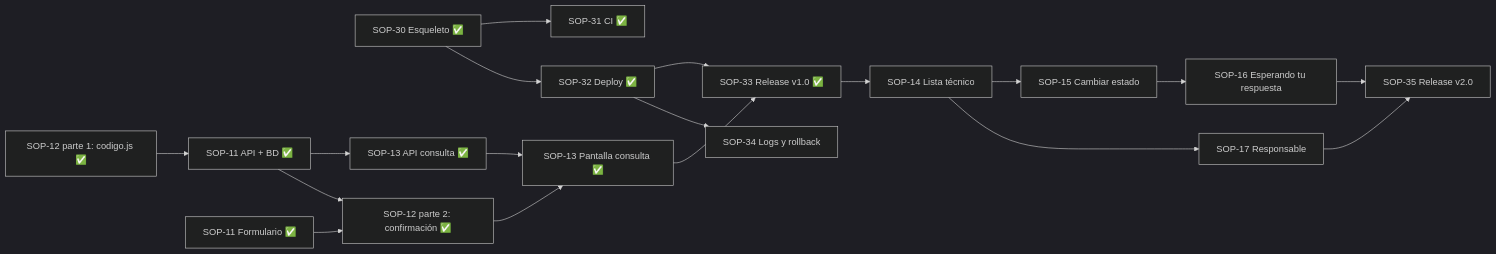
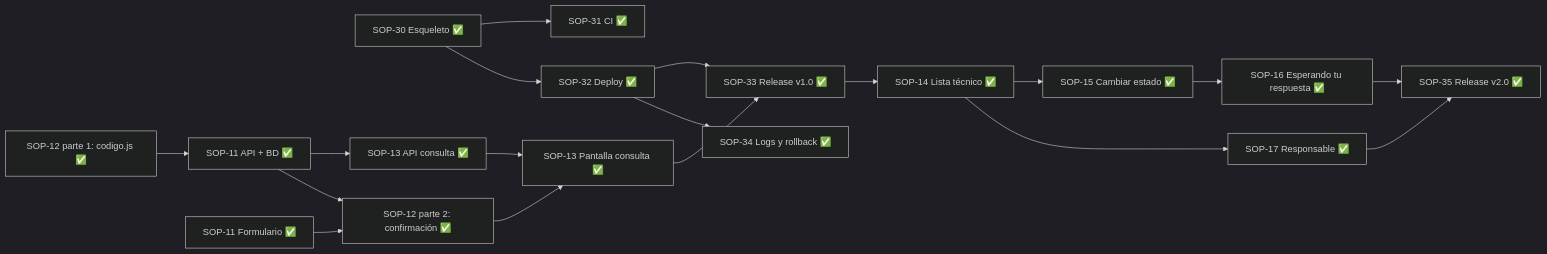
The diagram in AGENTS.md (plag-soporte-eci/siguetucaso), drawn with Mermaid (dark theme) before and after one commit. The commit also changed other lines of this file and 2 other files, not shown here.

Commit message:
SOP-35 sube la versión a 2.0.0 y marca el Sprint 2 en AGENTS.md (#24)

````diff
--- a/AGENTS.md
+++ b/AGENTS.md
@@ -183,20 +183,20 @@
 ```mermaid
 flowchart LR
   S30[SOP-30 Esqueleto ✅] --> S31[SOP-31 CI ✅]
   S30 --> S32[SOP-32 Deploy ✅]
   S12a[SOP-12 parte 1: codigo.js ✅] --> S11b[SOP-11 API + BD ✅]
   S11b --> S13b[SOP-13 API consulta ✅]
   S11f[SOP-11 Formulario ✅] --> S12b[SOP-12 parte 2: confirmación ✅]
   S11b --> S12b
   S12b --> S13f[SOP-13 Pantalla consulta ✅]
   S13b --> S13f
   S13f --> S33[SOP-33 Release v1.0 ✅]
   S32 --> S33
-  S33 --> S14[SOP-14 Lista técnico]
-  S14 --> S15[SOP-15 Cambiar estado]
-  S15 --> S16[SOP-16 Esperando tu respuesta]
-  S14 --> S17[SOP-17 Responsable]
-  S16 --> S35[SOP-35 Release v2.0]
+  S33 --> S14[SOP-14 Lista técnico ✅]
+  S14 --> S15[SOP-15 Cambiar estado ✅]
+  S15 --> S16[SOP-16 Esperando tu respuesta ✅]
+  S14 --> S17[SOP-17 Responsable ✅]
+  S16 --> S35[SOP-35 Release v2.0 ✅]
   S17 --> S35
-  S32 --> S34[SOP-34 Logs y rollback]
+  S32 --> S34[SOP-34 Logs y rollback ✅]
 ```
````
